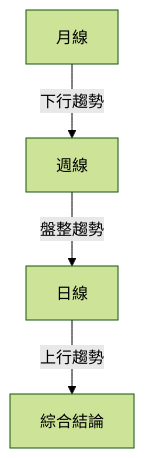
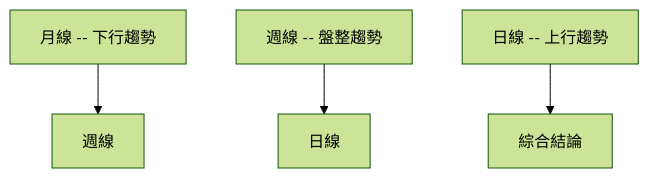
The second of 11 diagrams in ai_gen_report/stock/nvda/technical_analysis_2026-04-03_openai.md (yennanliu/finance_data), drawn with Mermaid (forest theme) before and after one commit. The commit also changed other lines of this file and 2258 other files, not shown here.

First line of the commit message:
chore: backfill Mermaid syntax repair across existing reports

````diff
--- a/ai_gen_report/stock/nvda/technical_analysis_2026-04-03_openai.md
+++ b/ai_gen_report/stock/nvda/technical_analysis_2026-04-03_openai.md
@@ -93,6 +93,6 @@
 ```mermaid
 graph TD
-    月線 -- 下行趨勢 --> 週線
-    週線 -- 盤整趨勢 --> 日線
-    日線 -- 上行趨勢 --> 綜合結論
+    nb1["月線 -- 下行趨勢"] --> 週線
+    nb2["週線 -- 盤整趨勢"] --> 日線
+    nb3["日線 -- 上行趨勢"] --> 綜合結論
 ```
````
